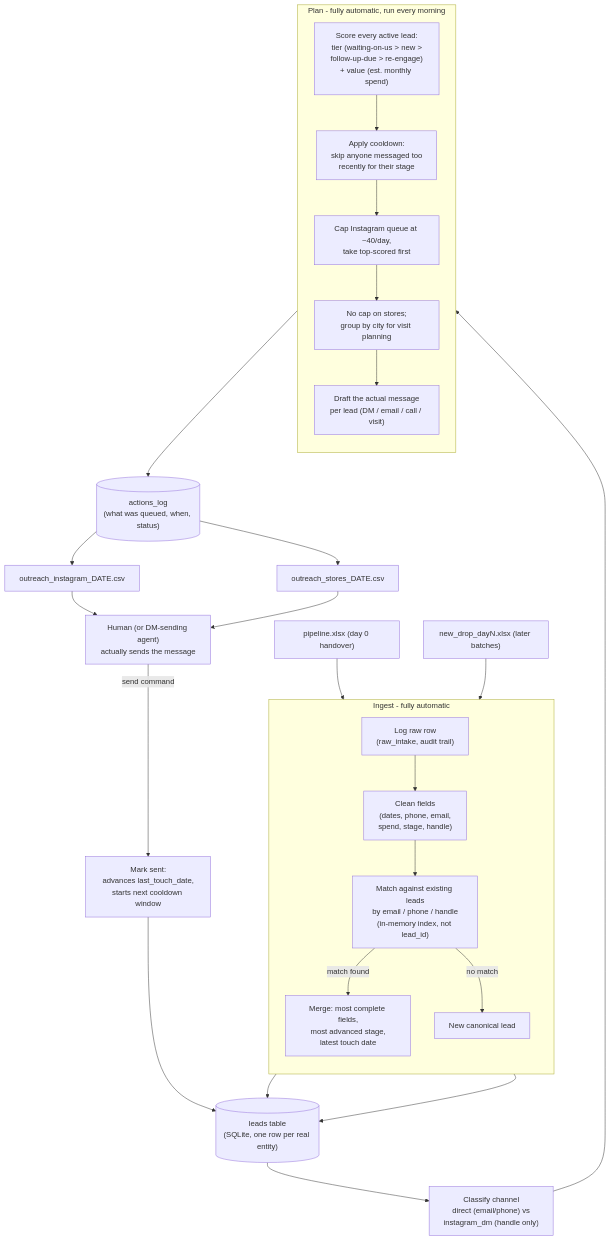
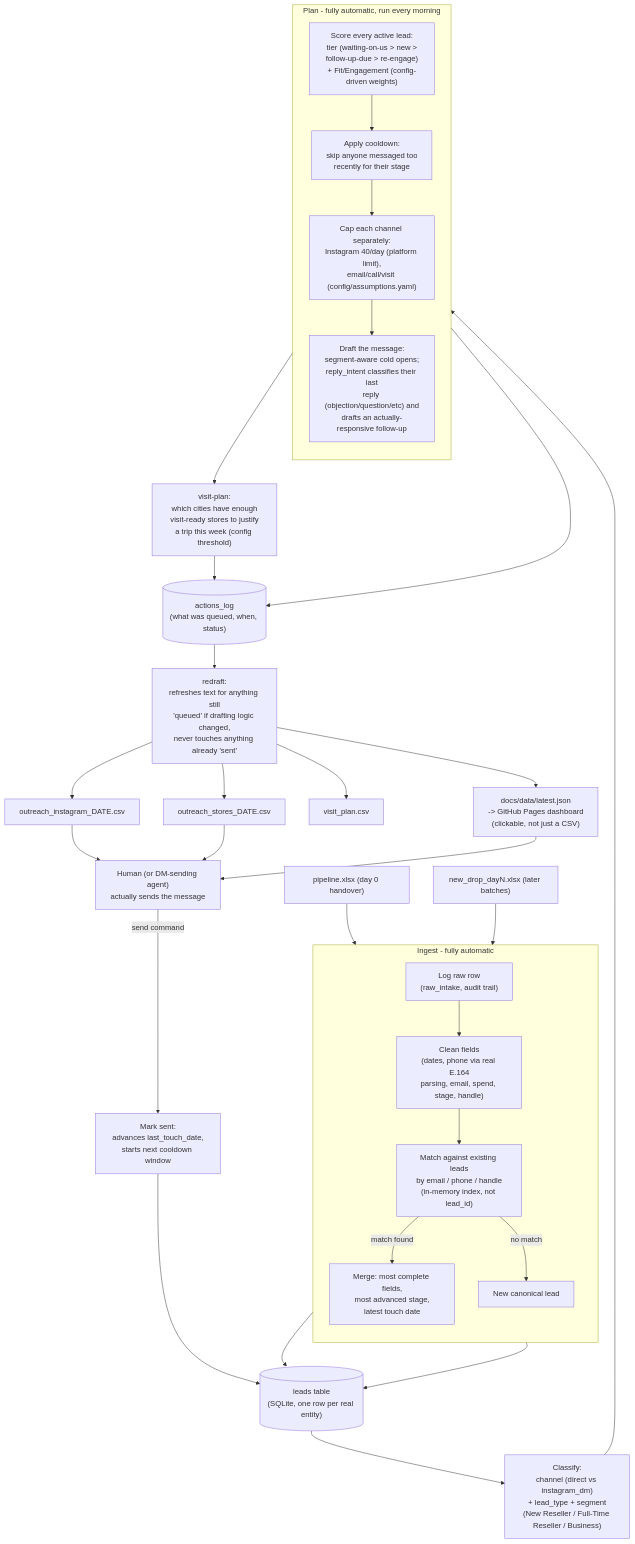
Before and after one commit to CalemT/fleek-pipeline-tool: the diagram in ARCHITECTURE.md, drawn with Mermaid. The commit also changed other lines of this file and 5 other files, not shown here.

````diff
--- a/ARCHITECTURE.md
+++ b/ARCHITECTURE.md
@@ -5,40 +5,47 @@
 ```mermaid
 flowchart TD
     A["pipeline.xlsx (day 0 handover)"] --> ING
     A2["new_drop_dayN.xlsx (later batches)"] --> ING
 
     subgraph ING["Ingest - fully automatic"]
         direction TB
-        I1["Log raw row\n(raw_intake, audit trail)"] --> I2["Clean fields\n(dates, phone, email,\nspend, stage, handle)"]
+        I1["Log raw row\n(raw_intake, audit trail)"] --> I2["Clean fields\n(dates, phone via real E.164\nparsing, email, spend, stage, handle)"]
         I2 --> I3["Match against existing leads\nby email / phone / handle\n(in-memory index, not lead_id)"]
         I3 -->|match found| I4["Merge: most complete fields,\nmost advanced stage,\nlatest touch date"]
         I3 -->|no match| I5["New canonical lead"]
     end
 
     I4 --> LEADS[("leads table\n(SQLite, one row per real entity)")]
     I5 --> LEADS
 
-    LEADS --> CLS["Classify channel\ndirect (email/phone) vs\ninstagram_dm (handle only)"]
+    LEADS --> CLS["Classify:\nchannel (direct vs instagram_dm)\n+ lead_type + segment\n(New Reseller / Full-Time Reseller / Business)"]
 
     CLS --> PLAN
 
     subgraph PLAN["Plan - fully automatic, run every morning"]
         direction TB
-        P1["Score every active lead:\ntier (waiting-on-us > new >\nfollow-up-due > re-engage)\n+ value (est. monthly spend)"]
+        P1["Score every active lead:\ntier (waiting-on-us > new >\nfollow-up-due > re-engage)\n+ Fit/Engagement (config-driven weights)"]
         P2["Apply cooldown:\nskip anyone messaged too\nrecently for their stage"]
-        P3["Cap Instagram queue at ~40/day,\ntake top-scored first"]
-        P4["No cap on stores;\ngroup by city for visit planning"]
-        P5["Draft the actual message\nper lead (DM / email / call / visit)"]
-        P1 --> P2 --> P3 --> P4 --> P5
+        P3["Cap each channel separately:\nInstagram 40/day (platform limit),\nemail/call/visit (config/assumptions.yaml)"]
+        P4["Draft the message:\nsegment-aware cold opens;\nreply_intent classifies their last\nreply (objection/question/etc) and\ndrafts an actually-responsive follow-up"]
+        P1 --> P2 --> P3 --> P4
     end
 
+    PLAN --> VISIT["visit-plan:\nwhich cities have enough\nvisit-ready stores to justify\na trip this week (config threshold)"]
+
     PLAN --> LOG[("actions_log\n(what was queued, when, status)")]
-    LOG --> CSV1["outreach_instagram_DATE.csv"]
-    LOG --> CSV2["outreach_stores_DATE.csv"]
+    VISIT --> LOG
+
+    LOG --> REDRAFT["redraft:\nrefreshes text for anything still\n'queued' if drafting logic changed,\nnever touches anything already 'sent'"]
+    REDRAFT --> CSV1["outreach_instagram_DATE.csv"]
+    REDRAFT --> CSV2["outreach_stores_DATE.csv"]
+    REDRAFT --> CSV3["visit_plan.csv"]
+    REDRAFT --> DASH["docs/data/latest.json\n-> GitHub Pages dashboard\n(clickable, not just a CSV)"]
 
     CSV1 --> HUMAN["Human (or DM-sending agent)\nactually sends the message"]
     CSV2 --> HUMAN
+    DASH --> HUMAN
 
     HUMAN -->|send command| SENT["Mark sent:\nadvances last_touch_date,\nstarts next cooldown window"]
     SENT --> LEADS
 ```
````
